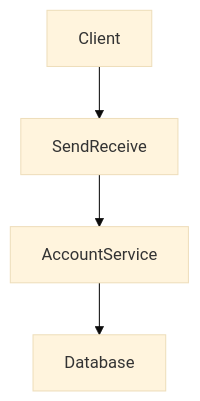
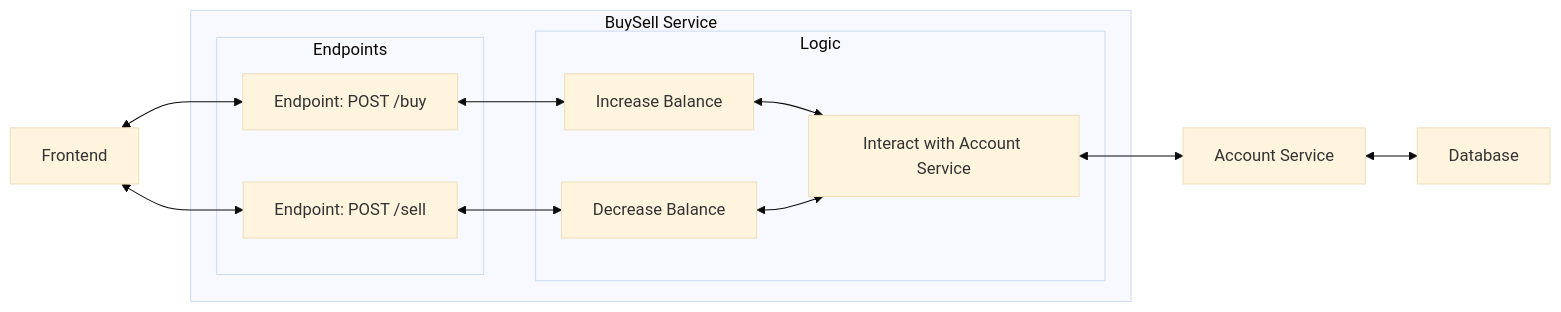
The diagram in m347-Container/KNs/08/services/send-receive/README.md (sxpersxnic/TBZ), drawn with Mermaid (base theme) before and after one commit. The commit also changed other lines of this file and 6 other files, not shown here.

Commit message:
Send Receive Service done

````diff
--- a/m347-Container/KNs/08/services/send-receive/README.md
+++ b/m347-Container/KNs/08/services/send-receive/README.md
@@ -11,6 +11,34 @@
 ```mermaid
-graph TB
-    A[Client] --> B[SendReceive]
-    B --> C[AccountService]
-    C --> D[Database]
+graph LR
+
+  A[Frontend]
+
+  A <--> B
+  A <--> C
+
+  subgraph BuySell Service
+    subgraph Endpoints
+      B[Endpoint: POST /buy]
+      C[Endpoint: POST /sell]
+    end
+
+    B <--> D
+    C <--> E
+
+    subgraph Logic
+      D[Increase Balance]
+      E[Decrease Balance]
+      F[Interact with Account Service]
+    
+      D <--> F
+      E <--> F
+    end
+  end
+
+  F <--> G
+
+  G[Account Service]
+  H[Database]
+
+  G <--> H
 ```
````
